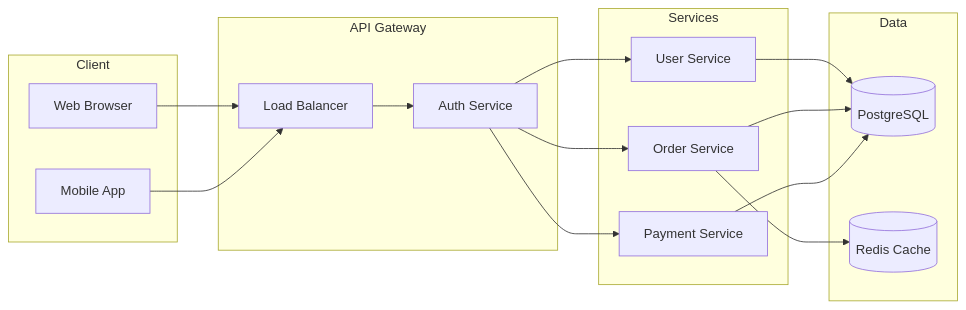
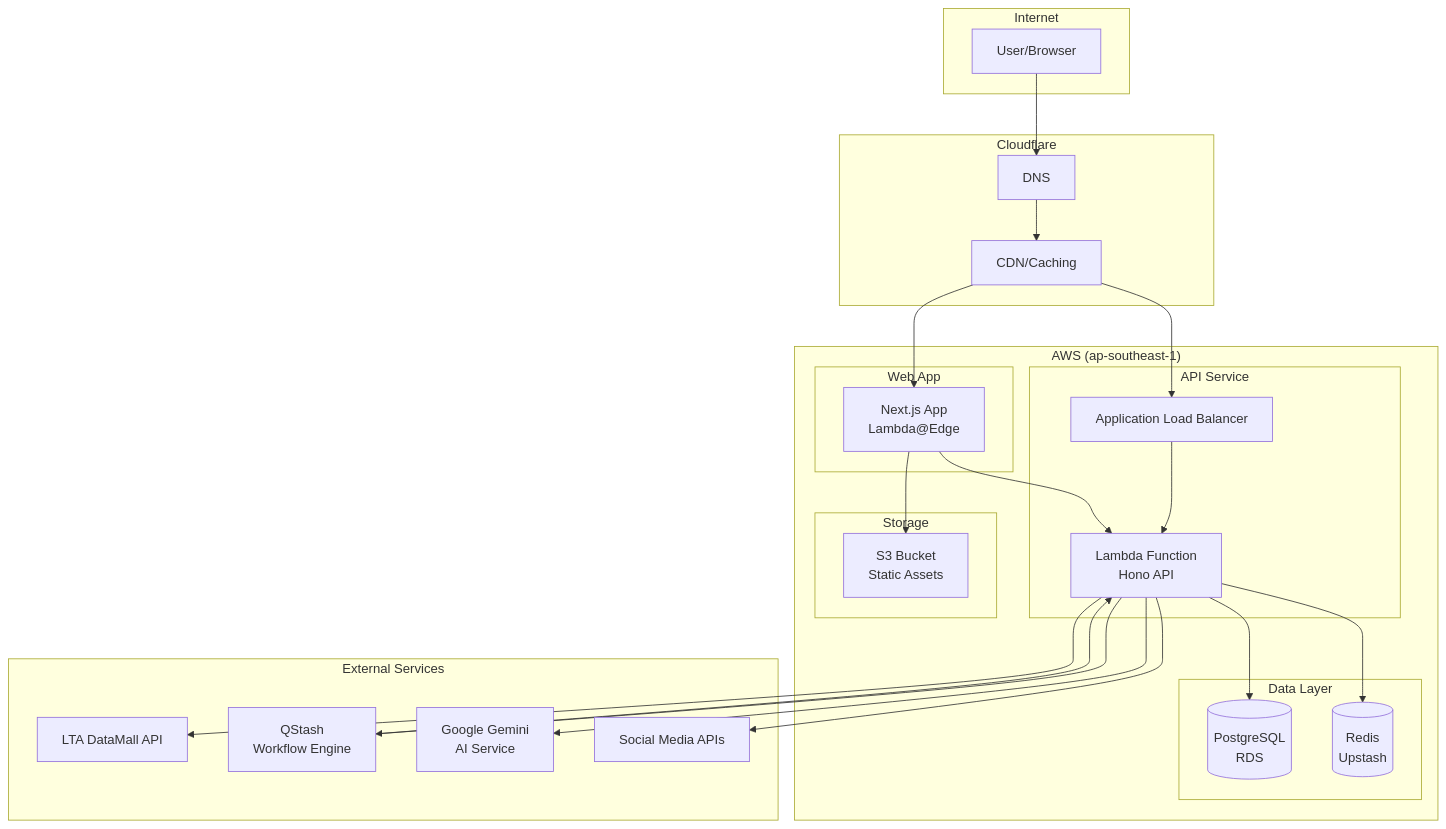
One commit to runkids/claude-skill-registry changed the first of 17 diagrams in skills/data/mermaid-diagrams/SKILL.md. Above: the diagram before and after it, drawn with Mermaid. The commit also changed other lines of this file and 17904 other files, not shown here.

````diff
--- a/skills/data/mermaid-diagrams/SKILL.md
+++ b/skills/data/mermaid-diagrams/SKILL.md
@@ -84,30 +34,53 @@
 ```mermaid
-flowchart LR
-    subgraph Client
-        Browser[Web Browser]
-        Mobile[Mobile App]
+flowchart TB
+    subgraph Internet
+        User[User/Browser]
     end
 
-    subgraph API Gateway
-        LB[Load Balancer]
-        Auth[Auth Service]
+    subgraph Cloudflare
+        DNS[DNS]
+        CDN[CDN/Caching]
     end
 
-    subgraph Services
-        Users[User Service]
-        Orders[Order Service]
-        Payments[Payment Service]
+    subgraph AWS["AWS (ap-southeast-1)"]
+        subgraph API Service
+            ALB[Application Load Balancer]
+            Lambda[Lambda Function<br/>Hono API]
+        end
+
+        subgraph Data Layer
+            RDS[(PostgreSQL<br/>RDS)]
+            Redis[(Redis<br/>Upstash)]
+        end
+
+        subgraph Web App
+            NextJS[Next.js App<br/>Lambda@Edge]
+        end
+
+        subgraph Storage
+            S3[S3 Bucket<br/>Static Assets]
+        end
     end
 
-    subgraph Data
-        PG[(PostgreSQL)]
-        Redis[(Redis Cache)]
+    subgraph External Services
+        LTA[LTA DataMall API]
+        QStash[QStash<br/>Workflow Engine]
+        Gemini[Google Gemini<br/>AI Service]
+        Social[Social Media APIs]
     end
 
-    Browser & Mobile --> LB
-    LB --> Auth
-    Auth --> Users & Orders & Payments
-    Users & Orders --> PG
-    Orders --> Redis
-    Payments --> PG
+    User --> DNS
+    DNS --> CDN
+    CDN --> NextJS
+    CDN --> ALB
+    ALB --> Lambda
+    Lambda --> RDS
+    Lambda --> Redis
+    Lambda --> QStash
+    Lambda --> LTA
+    QStash --> Lambda
+    Lambda --> Gemini
+    Lambda --> Social
+    NextJS --> Lambda
+    NextJS --> S3
 ```
````
